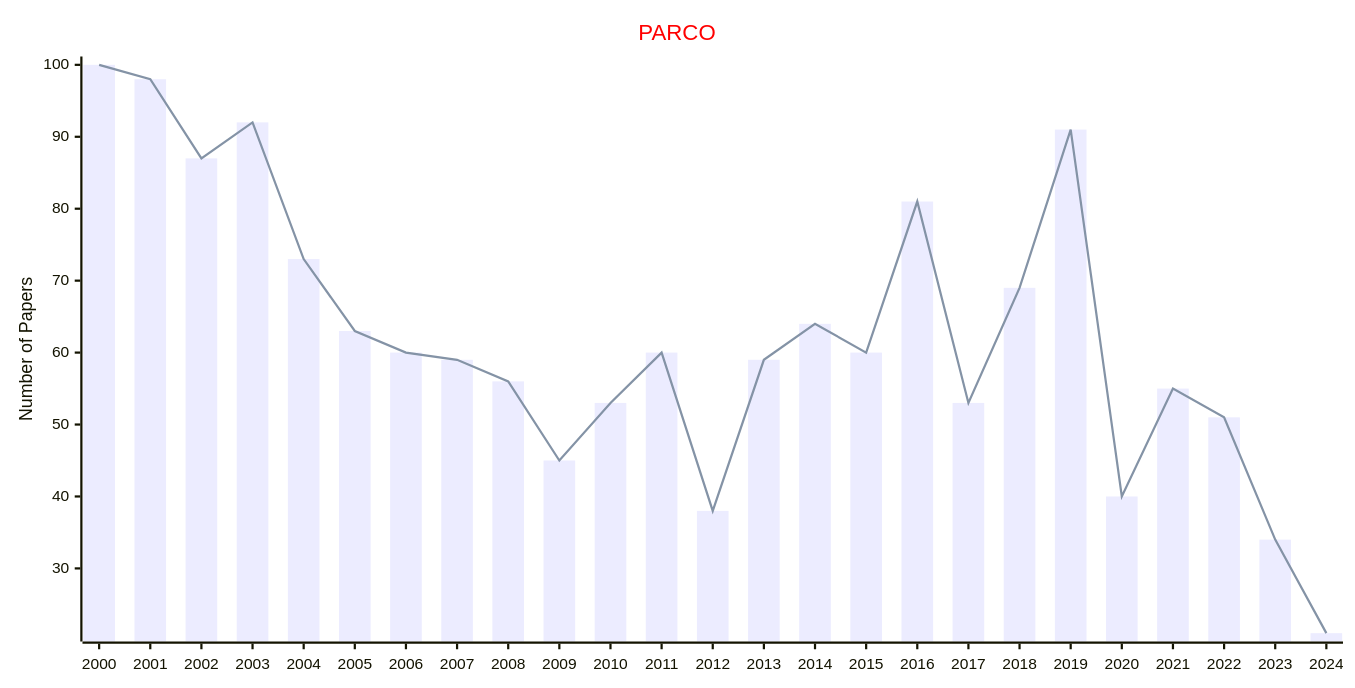
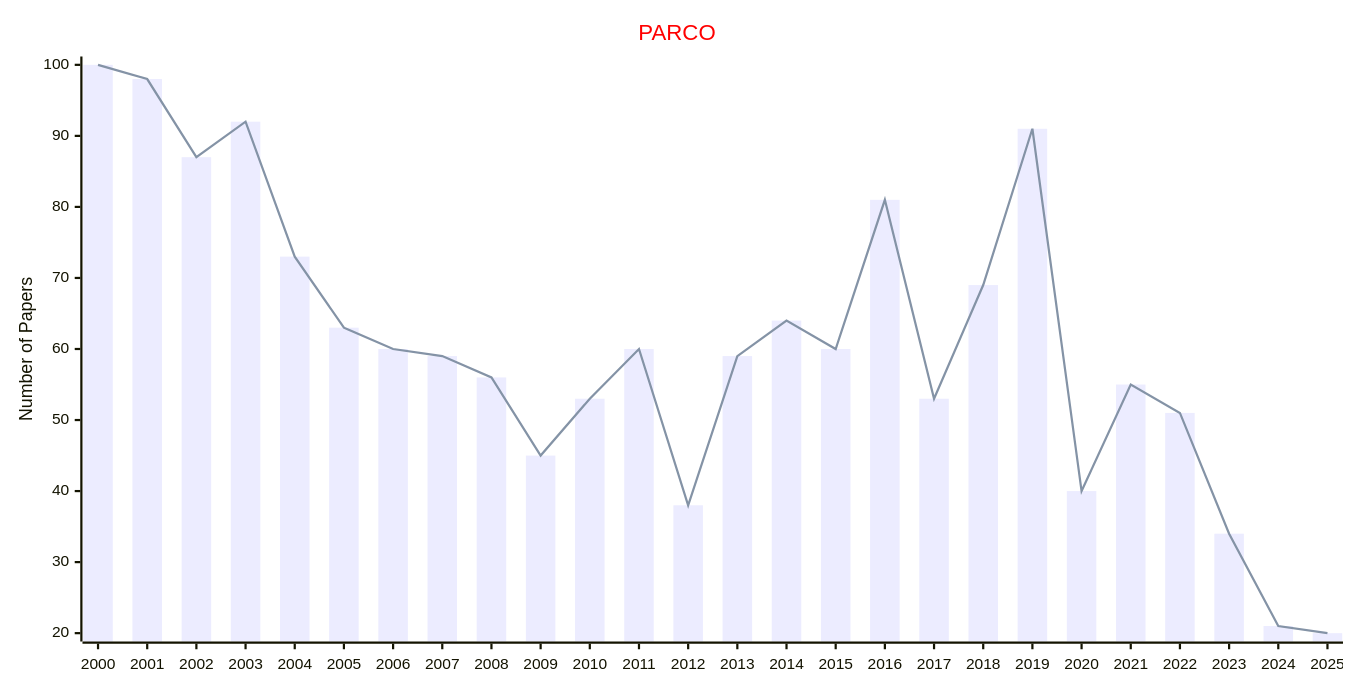
One commit to Easy-PhD/AILinks changed the diagram in docs/data/Journals/Statistics_Journals/Parallel_Computing.md. Above: the diagram before and after it, drawn with Mermaid. The commit also changed 107 other files, not shown here.

````diff
--- a/docs/data/Journals/Statistics_Journals/Parallel_Computing.md
+++ b/docs/data/Journals/Statistics_Journals/Parallel_Computing.md
@@ -9,17 +9,17 @@
 ```mermaid
 ---
 config:
     xyChart:
         width: 1200
         height: 600
     themeVariables:
         xyChart:
             titleColor: "#ff0000"
 ---
 xychart-beta
     title "PARCO"
-    x-axis [2000, 2001, 2002, 2003, 2004, 2005, 2006, 2007, 2008, 2009, 2010, 2011, 2012, 2013, 2014, 2015, 2016, 2017, 2018, 2019, 2020, 2021, 2022, 2023, 2024]
+    x-axis [2000, 2001, 2002, 2003, 2004, 2005, 2006, 2007, 2008, 2009, 2010, 2011, 2012, 2013, 2014, 2015, 2016, 2017, 2018, 2019, 2020, 2021, 2022, 2023, 2024, 2025]
     y-axis "Number of Papers"
-    bar [100, 98, 87, 92, 73, 63, 60, 59, 56, 45, 53, 60, 38, 59, 64, 60, 81, 53, 69, 91, 40, 55, 51, 34, 21]
-    line [100, 98, 87, 92, 73, 63, 60, 59, 56, 45, 53, 60, 38, 59, 64, 60, 81, 53, 69, 91, 40, 55, 51, 34, 21]
+    bar [100, 98, 87, 92, 73, 63, 60, 59, 56, 45, 53, 60, 38, 59, 64, 60, 81, 53, 69, 91, 40, 55, 51, 34, 21, 20]
+    line [100, 98, 87, 92, 73, 63, 60, 59, 56, 45, 53, 60, 38, 59, 64, 60, 81, 53, 69, 91, 40, 55, 51, 34, 21, 20]
 ```
````
